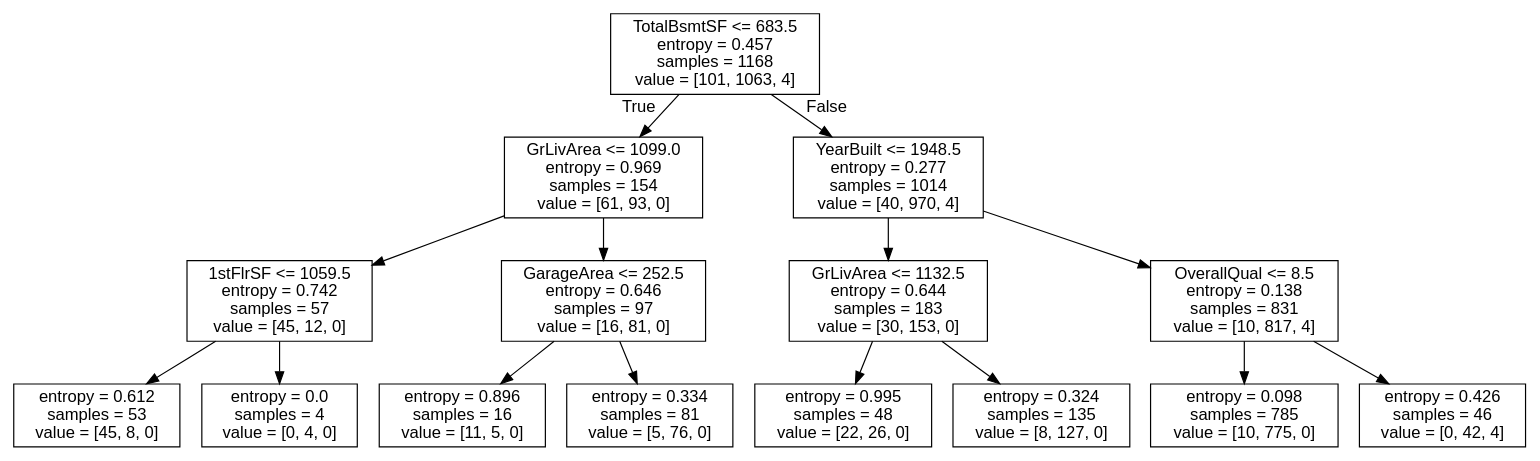
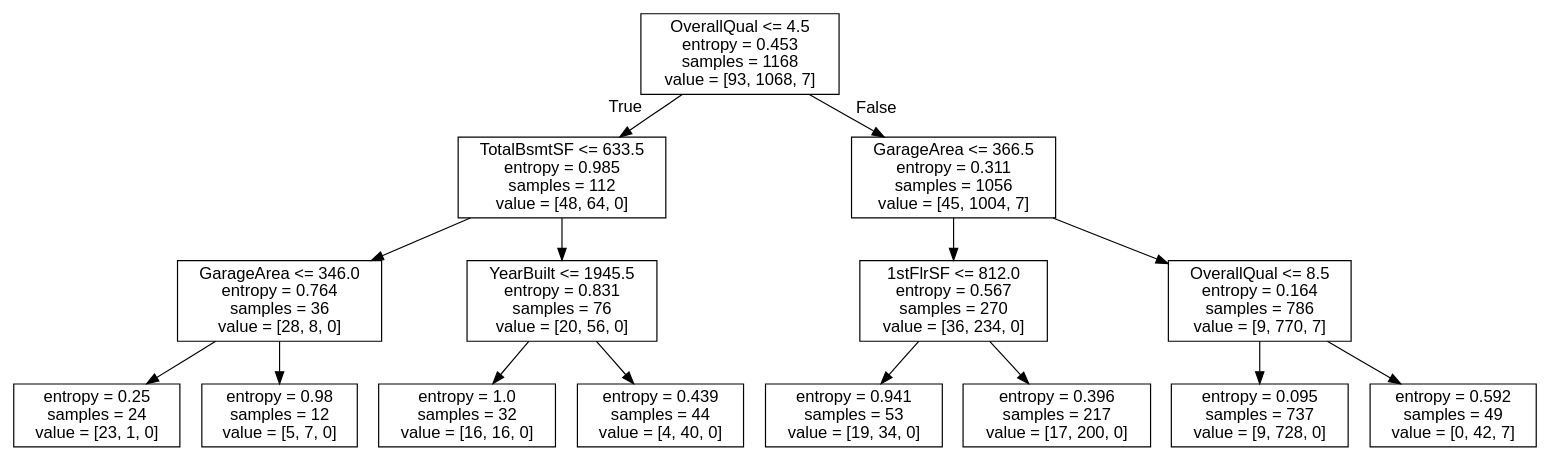
Before and after one commit to genomorro/unir: the diagram in out/dtc.dot, drawn with Graphviz. The commit also changed 2 other files, not shown here.

```diff
--- a/out/dtc.dot
+++ b/out/dtc.dot
@@ -1,33 +1,33 @@
 digraph Tree {
 node [shape=box, fontname="helvetica"] ;
 edge [fontname="helvetica"] ;
-0 [label="TotalBsmtSF <= 683.5\nentropy = 0.457\nsamples = 1168\nvalue = [101, 1063, 4]"] ;
-1 [label="GrLivArea <= 1099.0\nentropy = 0.969\nsamples = 154\nvalue = [61, 93, 0]"] ;
+0 [label="OverallQual <= 4.5\nentropy = 0.453\nsamples = 1168\nvalue = [93, 1068, 7]"] ;
+1 [label="TotalBsmtSF <= 633.5\nentropy = 0.985\nsamples = 112\nvalue = [48, 64, 0]"] ;
 0 -> 1 [labeldistance=2.5, labelangle=45, headlabel="True"] ;
-2 [label="1stFlrSF <= 1059.5\nentropy = 0.742\nsamples = 57\nvalue = [45, 12, 0]"] ;
+2 [label="GarageArea <= 346.0\nentropy = 0.764\nsamples = 36\nvalue = [28, 8, 0]"] ;
 1 -> 2 ;
-3 [label="entropy = 0.612\nsamples = 53\nvalue = [45, 8, 0]"] ;
+3 [label="entropy = 0.25\nsamples = 24\nvalue = [23, 1, 0]"] ;
 2 -> 3 ;
-4 [label="entropy = 0.0\nsamples = 4\nvalue = [0, 4, 0]"] ;
+4 [label="entropy = 0.98\nsamples = 12\nvalue = [5, 7, 0]"] ;
 2 -> 4 ;
-5 [label="GarageArea <= 252.5\nentropy = 0.646\nsamples = 97\nvalue = [16, 81, 0]"] ;
+5 [label="YearBuilt <= 1945.5\nentropy = 0.831\nsamples = 76\nvalue = [20, 56, 0]"] ;
 1 -> 5 ;
-6 [label="entropy = 0.896\nsamples = 16\nvalue = [11, 5, 0]"] ;
+6 [label="entropy = 1.0\nsamples = 32\nvalue = [16, 16, 0]"] ;
 5 -> 6 ;
-7 [label="entropy = 0.334\nsamples = 81\nvalue = [5, 76, 0]"] ;
+7 [label="entropy = 0.439\nsamples = 44\nvalue = [4, 40, 0]"] ;
 5 -> 7 ;
-8 [label="YearBuilt <= 1948.5\nentropy = 0.277\nsamples = 1014\nvalue = [40, 970, 4]"] ;
+8 [label="GarageArea <= 366.5\nentropy = 0.311\nsamples = 1056\nvalue = [45, 1004, 7]"] ;
 0 -> 8 [labeldistance=2.5, labelangle=-45, headlabel="False"] ;
-9 [label="GrLivArea <= 1132.5\nentropy = 0.644\nsamples = 183\nvalue = [30, 153, 0]"] ;
+9 [label="1stFlrSF <= 812.0\nentropy = 0.567\nsamples = 270\nvalue = [36, 234, 0]"] ;
 8 -> 9 ;
-10 [label="entropy = 0.995\nsamples = 48\nvalue = [22, 26, 0]"] ;
+10 [label="entropy = 0.941\nsamples = 53\nvalue = [19, 34, 0]"] ;
 9 -> 10 ;
-11 [label="entropy = 0.324\nsamples = 135\nvalue = [8, 127, 0]"] ;
+11 [label="entropy = 0.396\nsamples = 217\nvalue = [17, 200, 0]"] ;
 9 -> 11 ;
-12 [label="OverallQual <= 8.5\nentropy = 0.138\nsamples = 831\nvalue = [10, 817, 4]"] ;
+12 [label="OverallQual <= 8.5\nentropy = 0.164\nsamples = 786\nvalue = [9, 770, 7]"] ;
 8 -> 12 ;
-13 [label="entropy = 0.098\nsamples = 785\nvalue = [10, 775, 0]"] ;
+13 [label="entropy = 0.095\nsamples = 737\nvalue = [9, 728, 0]"] ;
 12 -> 13 ;
-14 [label="entropy = 0.426\nsamples = 46\nvalue = [0, 42, 4]"] ;
+14 [label="entropy = 0.592\nsamples = 49\nvalue = [0, 42, 7]"] ;
 12 -> 14 ;
 }
```
